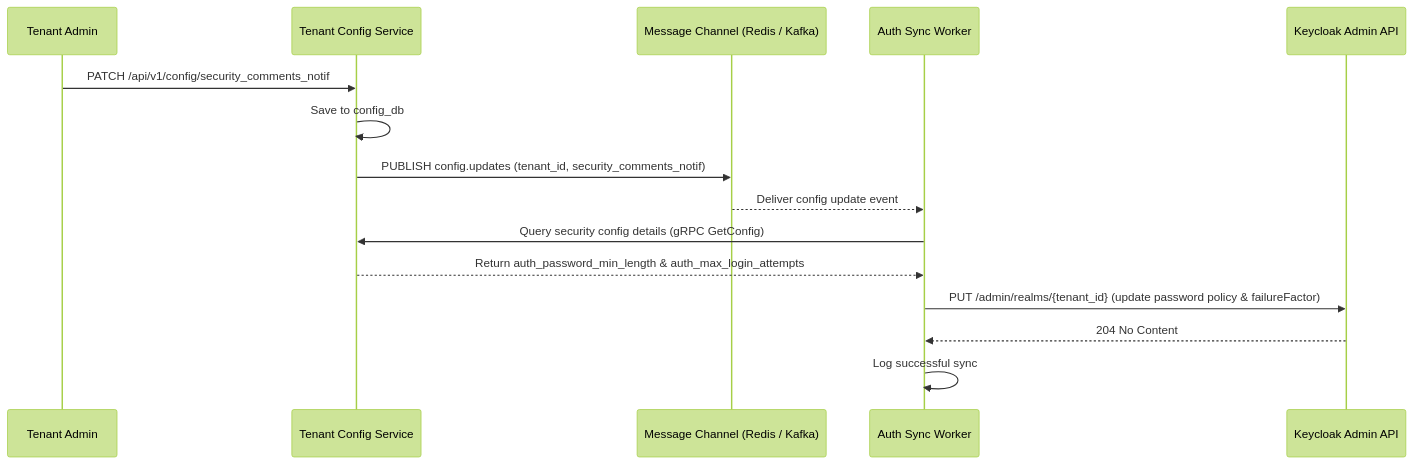
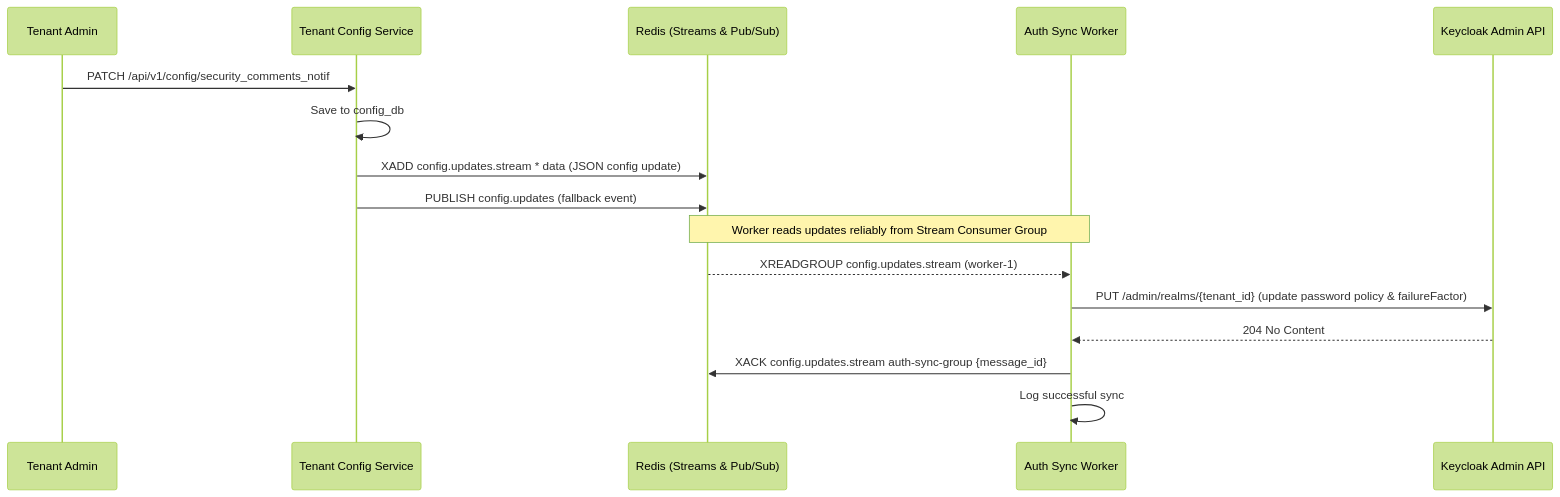
Before and after one commit to hugg4u/solavie-platform: the third of 4 diagrams in specs/services/auth/design.md, drawn with Mermaid (forest theme). The commit also changed other lines of this file and 3 other files, not shown here.

Commit message:
docs(auth-specs): update specs and architecture docs for security hardening

````diff
--- a/specs/services/auth/design.md
+++ b/specs/services/auth/design.md
@@ -204,18 +209,19 @@
 ```mermaid
 sequenceDiagram
     participant Admin as Tenant Admin
     participant TCS as Tenant Config Service
-    participant Msg as Message Channel (Redis / Kafka)
+    participant Redis as Redis (Streams & Pub/Sub)
     participant AuthWorker as Auth Sync Worker
     participant KC as Keycloak Admin API
 
     Admin->>TCS: PATCH /api/v1/config/security_comments_notif
     TCS->>TCS: Save to config_db
-    TCS->>Msg: PUBLISH config.updates (tenant_id, security_comments_notif)
-    Msg-->>AuthWorker: Deliver config update event
-    AuthWorker->>TCS: Query security config details (gRPC GetConfig)
-    TCS-->>AuthWorker: Return auth_password_min_length & auth_max_login_attempts
+    TCS->>Redis: XADD config.updates.stream * data (JSON config update)
+    TCS->>Redis: PUBLISH config.updates (fallback event)
+    Note over Redis, AuthWorker: Worker reads updates reliably from Stream Consumer Group
+    Redis-->>AuthWorker: XREADGROUP config.updates.stream (worker-1)
     AuthWorker->>KC: PUT /admin/realms/{tenant_id} (update password policy & failureFactor)
     KC-->>AuthWorker: 204 No Content
+    AuthWorker->>Redis: XACK config.updates.stream auth-sync-group {message_id}
     AuthWorker->>AuthWorker: Log successful sync
 ```
````
